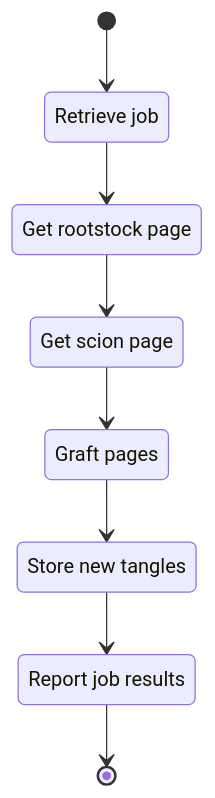
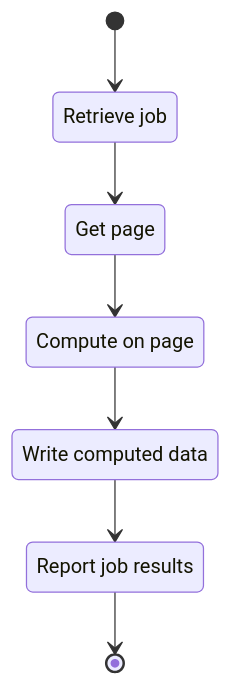
One commit to Uiowa-Applied-Topology/tanglenomicon_compute_pure_vignette changed the second of 2 diagrams in docs/unit-descriptions/worker.md. Above: the diagram before and after it, drawn with Mermaid. The commit also changed other lines of this file and 16 other files, not shown here.

````diff
--- a/docs/unit-descriptions/worker.md
+++ b/docs/unit-descriptions/worker.md
@@ -46,19 +46,17 @@
 ```mermaid
 stateDiagram-v2
     state "Retrieve job" as rj
-    state "Get rootstock page" as grp
-    state "Get scion page" as gsp
+    state "Get page" as gp
 
-    state "Graft pages" as gp
-    state "Store new tangles" as snt
+    state "Compute on page" as snt
+    state "Write computed data" as wcd
     state "Report job results" as rjr
 
     [*]--> rj
-    rj --> grp
-    grp --> gsp
-    gsp --> gp
+    rj --> gp
     gp --> snt
-    snt --> rjr
+    snt --> wcd
+    wcd --> rjr
     rjr --> [*]
 
 ```
````
